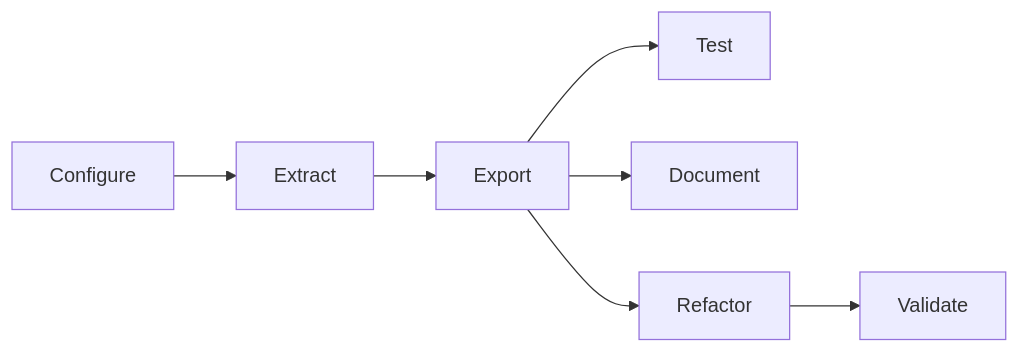
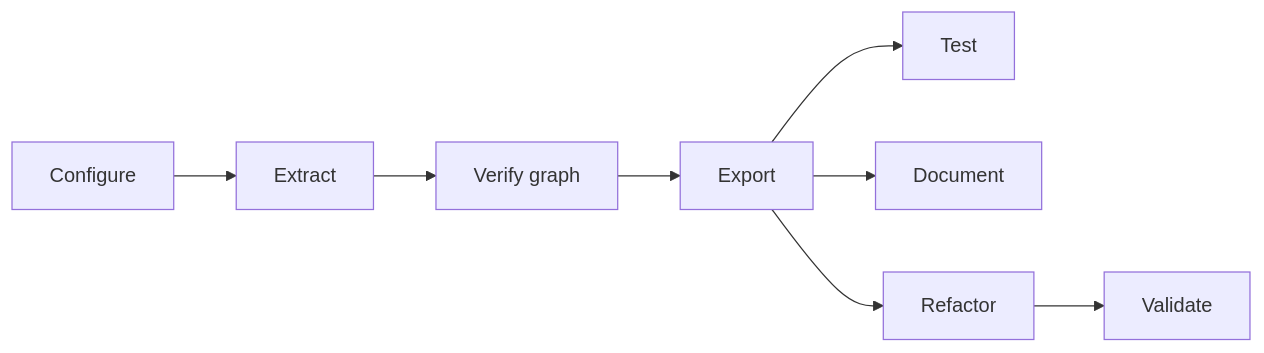
One commit to Teal-Insights/extraction-pipeline-template changed the diagram in README.md. Above: the diagram before and after it, drawn with Mermaid. The commit also changed other lines of this file and 1 other file, not shown here.

First line of the commit message:
Document graph-oracle verification stage before export (fixes #58)

````diff
--- a/README.md
+++ b/README.md
@@ -44,9 +47,10 @@
 ```mermaid
 flowchart LR
   configure[Configure] --> extract[Extract]
-  extract --> export[Export]
+  extract --> verifyGraph[Verify graph]
+  verifyGraph --> export[Export]
   export --> test[Test]
   export --> document[Document]
   export --> refactor[Refactor]
   refactor --> validate[Validate]
 ```
````
